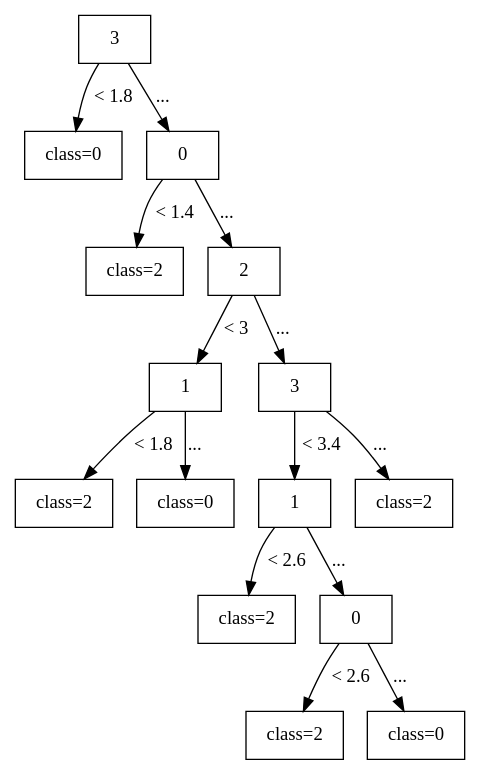
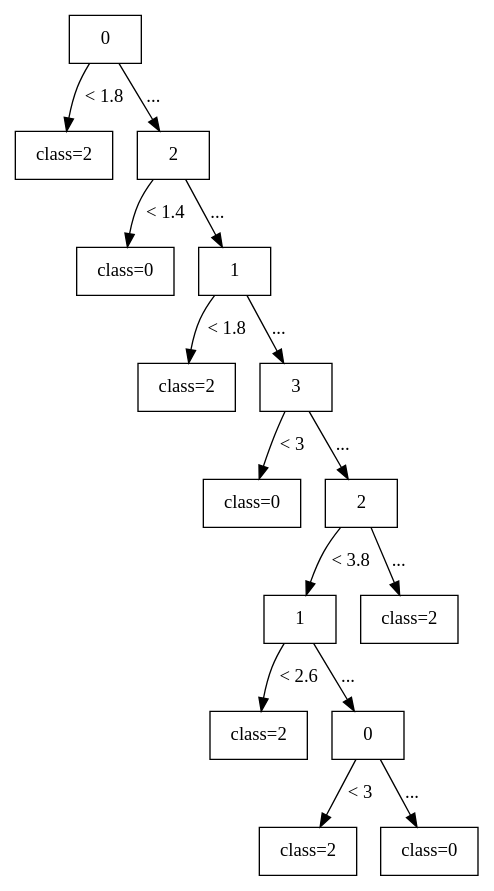
One commit to TakuyaMitarai/NSSESAT_Visualizer changed the diagram in NSSESAT_backend/treedata/0.1904-15.dot. Above: the diagram before and after it, drawn with Graphviz. The commit also changed 85 other files, not shown here.

```diff
--- a/NSSESAT_backend/treedata/0.1904-15.dot
+++ b/NSSESAT_backend/treedata/0.1904-15.dot
@@ -1,46 +1,48 @@
 digraph G {
 node [shape=box];
 
-0 [label="3"];
+0 [label="0"];
 
-1 [label="class=0"];
-2 [label="0"];
+1 [label="class=2"];
+2 [label="2"];
 
 0 -> 1 [label="< 1.8"];
 0 -> 2 [label="..."];
 
-3 [label="class=2"];
-4 [label="2"];
+3 [label="class=0"];
+4 [label="1"];
 
 2 -> 3 [label="< 1.4"];
 2 -> 4 [label="..."];
 
-5 [label="1"];
-8 [label="3"];
+5 [label="class=2"];
+6 [label="3"];
 
-4 -> 5 [label="< 3"];
-4 -> 8 [label="..."];
+4 -> 5 [label="< 1.8"];
+4 -> 6 [label="..."];
 
-6 [label="class=2"];
 7 [label="class=0"];
+8 [label="2"];
+
+6 -> 7 [label="< 3"];
+6 -> 8 [label="..."];
+
 9 [label="1"];
 14 [label="class=2"];
 
-5 -> 6 [label="< 1.8"];
-5 -> 7 [label="..."];
-8 -> 9 [label="< 3.4"];
+8 -> 9 [label="< 3.8"];
 8 -> 14 [label="..."];
 
 10 [label="class=2"];
 11 [label="0"];
 
 9 -> 10 [label="< 2.6"];
 9 -> 11 [label="..."];
 
 12 [label="class=2"];
 13 [label="class=0"];
 
-11 -> 12 [label="< 2.6"];
+11 -> 12 [label="< 3"];
 11 -> 13 [label="..."];
 
 }
```
